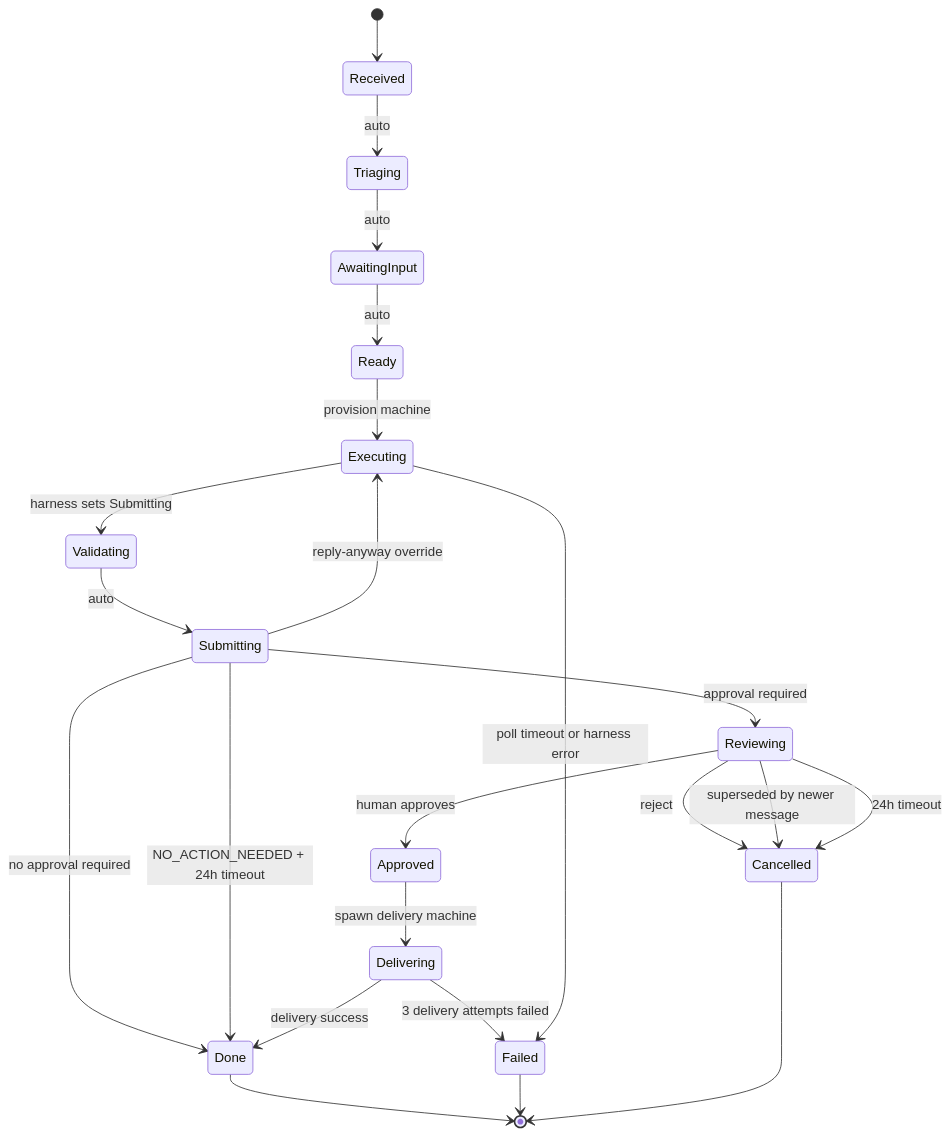
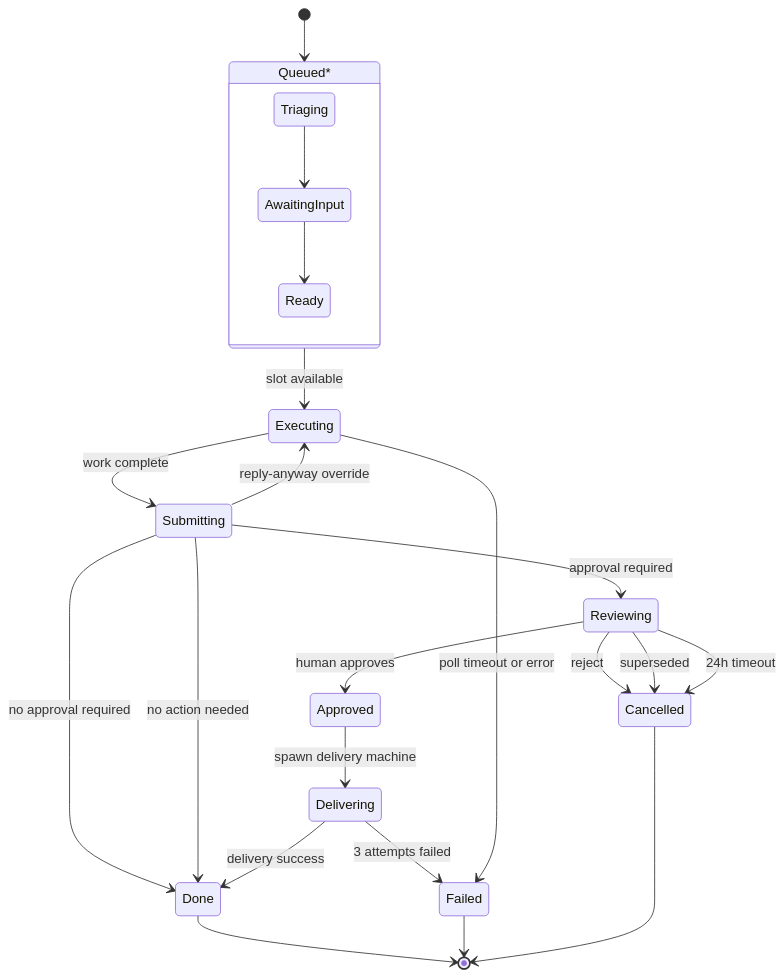
Before and after one commit to viiqswim/dozaldevs-ai-employee: the second of 5 diagrams in docs/2026-04-29-2255-current-system-state.md, drawn with Mermaid. The commit also changed other lines of this file, not shown here.

Commit message:
docs: redesign mermaid diagrams in system state snapshot for clarity

````diff
--- a/docs/2026-04-29-2255-current-system-state.md
+++ b/docs/2026-04-29-2255-current-system-state.md
@@ -220,31 +193,31 @@
 ```mermaid
 stateDiagram-v2
-    [*] --> Received
+    [*] --> Queued
 
-    Received --> Triaging : auto
-    Triaging --> AwaitingInput : auto
-    AwaitingInput --> Ready : auto
-    Ready --> Executing : provision machine
-    Executing --> Validating : harness sets Submitting
-    Validating --> Submitting : auto
+    state "Queued*" as Queued {
+        Triaging --> AwaitingInput
+        AwaitingInput --> Ready
+    }
 
+    Queued --> Executing : slot available
+    Executing --> Submitting : work complete
     Submitting --> Done : no approval required
-    Submitting --> Done : NO_ACTION_NEEDED + 24h timeout
+    Submitting --> Done : no action needed
     Submitting --> Executing : reply-anyway override
     Submitting --> Reviewing : approval required
 
     Reviewing --> Approved : human approves
     Reviewing --> Cancelled : reject
-    Reviewing --> Cancelled : superseded by newer message
+    Reviewing --> Cancelled : superseded
     Reviewing --> Cancelled : 24h timeout
 
     Approved --> Delivering : spawn delivery machine
     Delivering --> Done : delivery success
-    Delivering --> Failed : 3 delivery attempts failed
+    Delivering --> Failed : 3 attempts failed
 
-    Executing --> Failed : poll timeout or harness error
+    Executing --> Failed : poll timeout or error
 
     Done --> [*]
     Failed --> [*]
     Cancelled --> [*]
 ```
````
